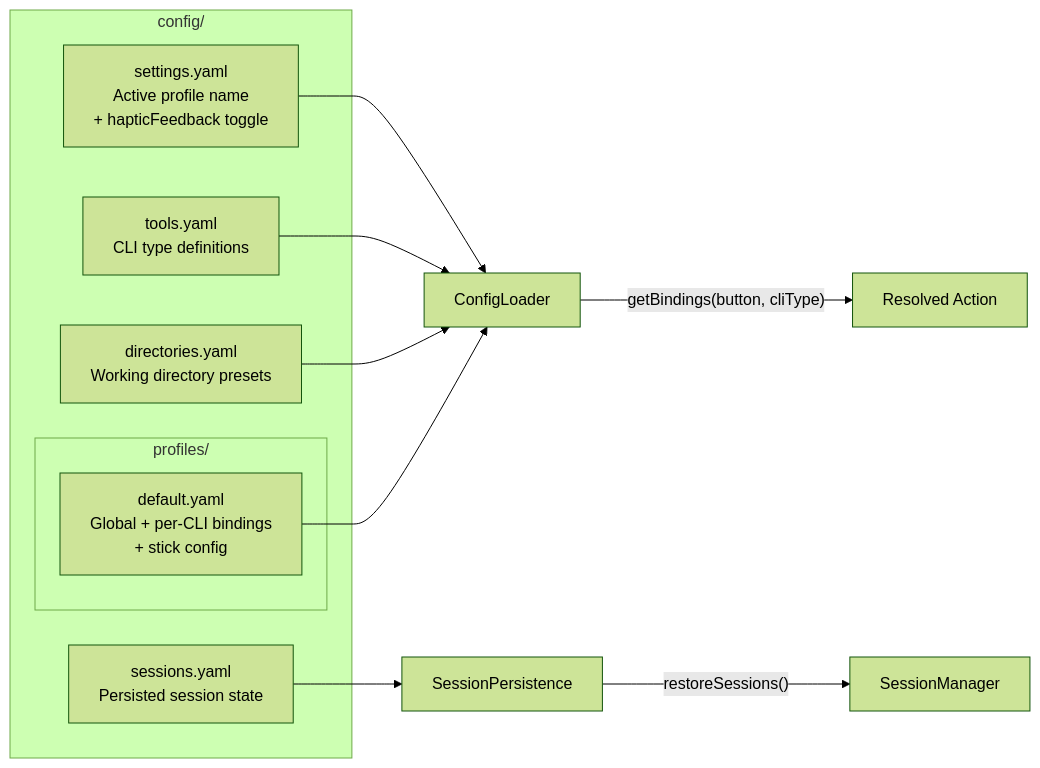
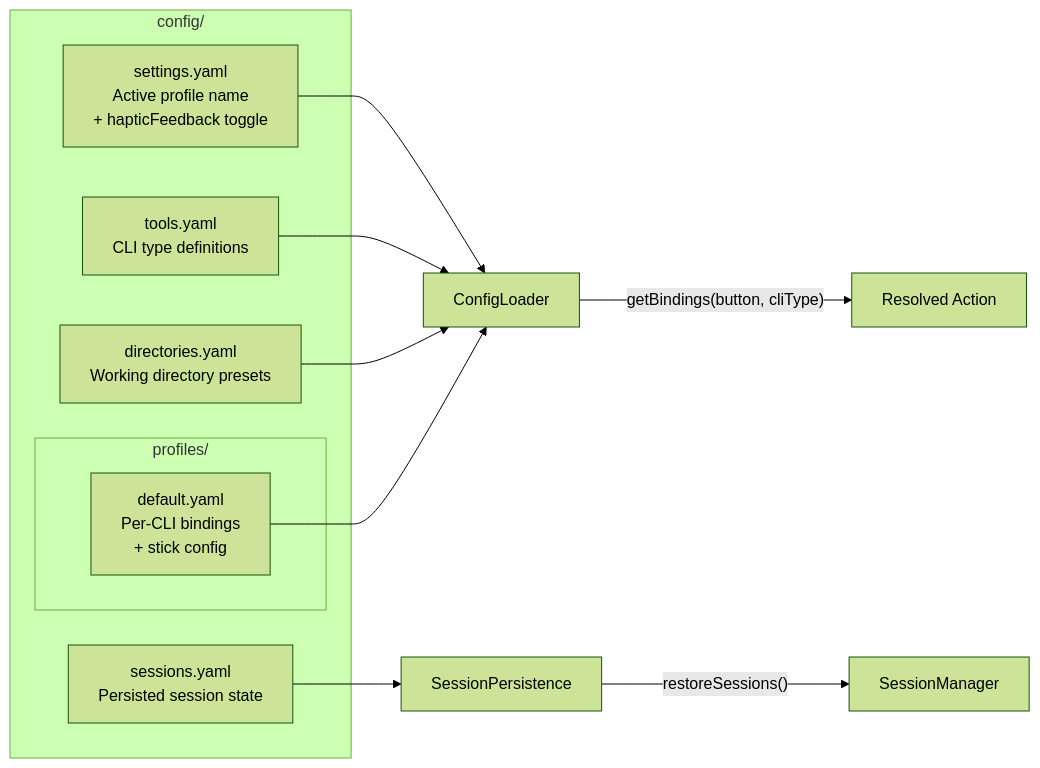
The third of 3 diagrams in .github/copilot-instructions.md (PetePeter/gamepad-cli-hub), drawn with Mermaid (forest theme) before and after one commit. The commit also changed other lines of this file and 15 other files, not shown here.

First line of the commit message:
feat: remove unused global bindings infrastructure

````diff
--- a/.github/copilot-instructions.md
+++ b/.github/copilot-instructions.md
@@ -129,20 +128,20 @@
 ```mermaid
 graph LR
     subgraph "config/"
         S[settings.yaml<br/>Active profile name<br/>+ hapticFeedback toggle]
         T[tools.yaml<br/>CLI type definitions]
         D[directories.yaml<br/>Working directory presets]
         SS[sessions.yaml<br/>Persisted session state]
         subgraph "profiles/"
-            P[default.yaml<br/>Global + per-CLI bindings<br/>+ stick config]
+            P[default.yaml<br/>Per-CLI bindings<br/>+ stick config]
         end
     end
 
     S --> CL[ConfigLoader]
     T --> CL
     D --> CL
     SS --> SP[SessionPersistence]
     P --> CL
     CL --> |"getBindings(button, cliType)"| R[Resolved Action]
     SP --> |"restoreSessions()"| SM[SessionManager]
 ```
````
